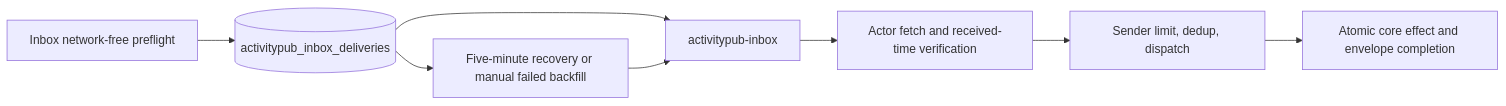
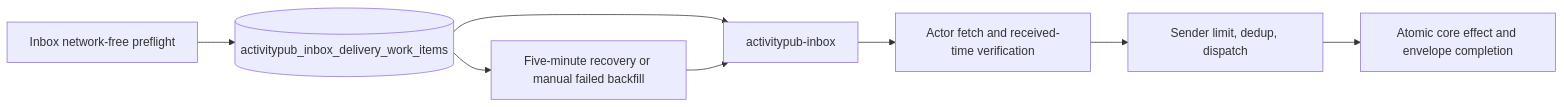
One commit to vouchington/vouchington changed the diagram in docs/overview/architecture/reference-fediverse-federation-phase-c-outbound-activitypub-resurrect-the-removed-federation-server-shipped.md. Above: the diagram before and after it, drawn with Mermaid. The commit also changed 373 other files, not shown here.

````diff
--- a/docs/overview/architecture/reference-fediverse-federation-phase-c-outbound-activitypub-resurrect-the-removed-federation-server-shipped.md
+++ b/docs/overview/architecture/reference-fediverse-federation-phase-c-outbound-activitypub-resurrect-the-removed-federation-server-shipped.md
@@ -95,10 +95,10 @@
 ```mermaid
 flowchart LR
-  API[Inbox network-free preflight] --> DB[(activitypub_inbox_deliveries)]
+  API[Inbox network-free preflight] --> DB[(activitypub_inbox_delivery_work_items)]
   DB --> Q[activitypub-inbox]
   Q --> W[Actor fetch and received-time verification]
   W --> D[Sender limit, dedup, dispatch]
   D --> X[Atomic core effect and envelope completion]
   DB --> R[Five-minute recovery or manual failed backfill]
   R --> Q
 ```
````
